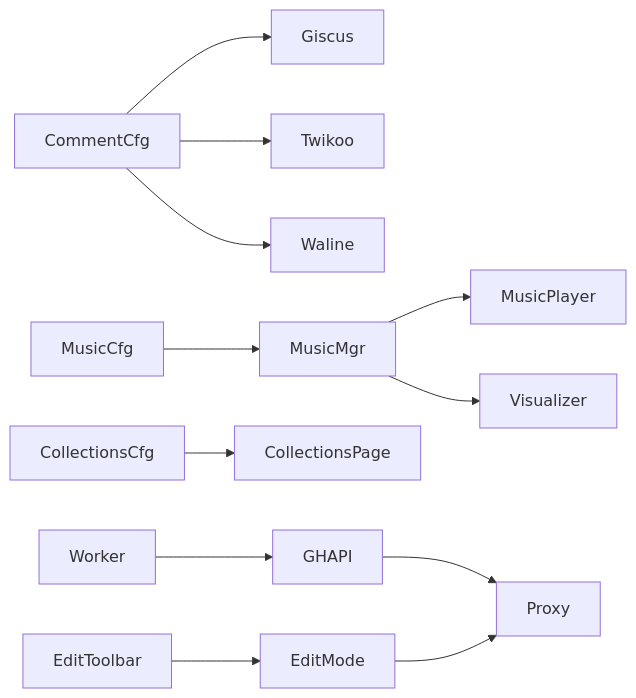
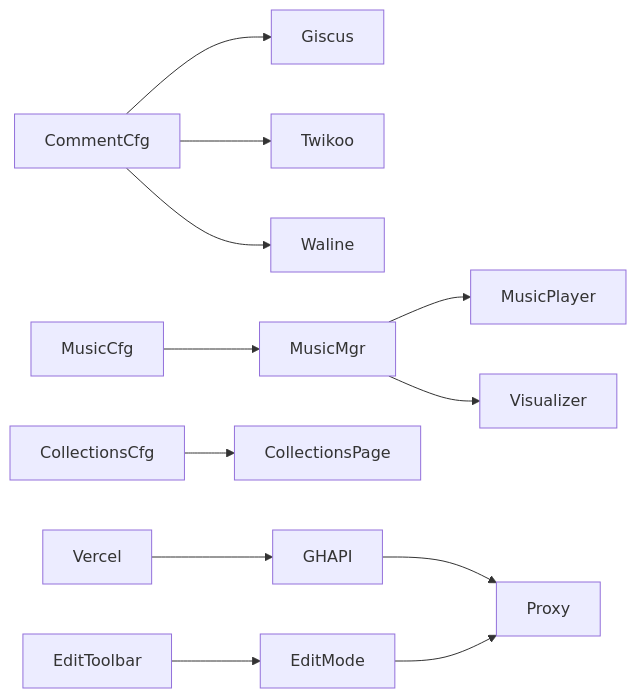
The eighth of 8 diagrams in .qoder/repowiki/zh/content/API参考文档/第三方集成API.md (olx2990684400-sketch/olx-my-blog), drawn with Mermaid before and after one commit. The commit also changed other lines of this file and 74 other files, not shown here.

````diff
--- a/.qoder/repowiki/zh/content/API参考文档/第三方集成API.md
+++ b/.qoder/repowiki/zh/content/API参考文档/第三方集成API.md
@@ -402,14 +406,14 @@
 ```mermaid
 graph LR
 CommentCfg --> Giscus
 CommentCfg --> Twikoo
 CommentCfg --> Waline
 MusicCfg --> MusicMgr
 MusicMgr --> MusicPlayer
 MusicMgr --> Visualizer
 CollectionsCfg --> CollectionsPage
-Worker --> GHAPI
+Vercel --> GHAPI
 GHAPI --> Proxy
 EditMode --> Proxy
 EditToolbar --> EditMode
 ```
````
